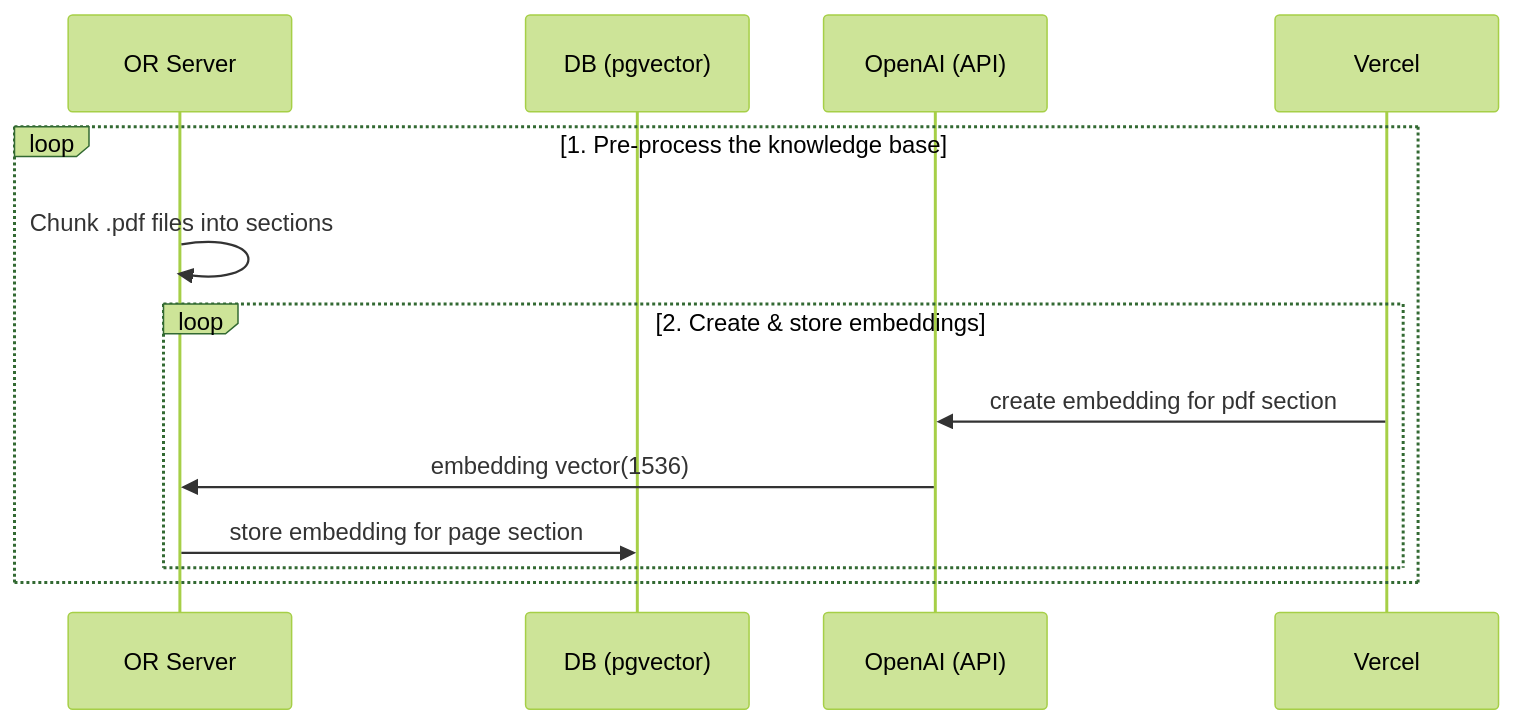
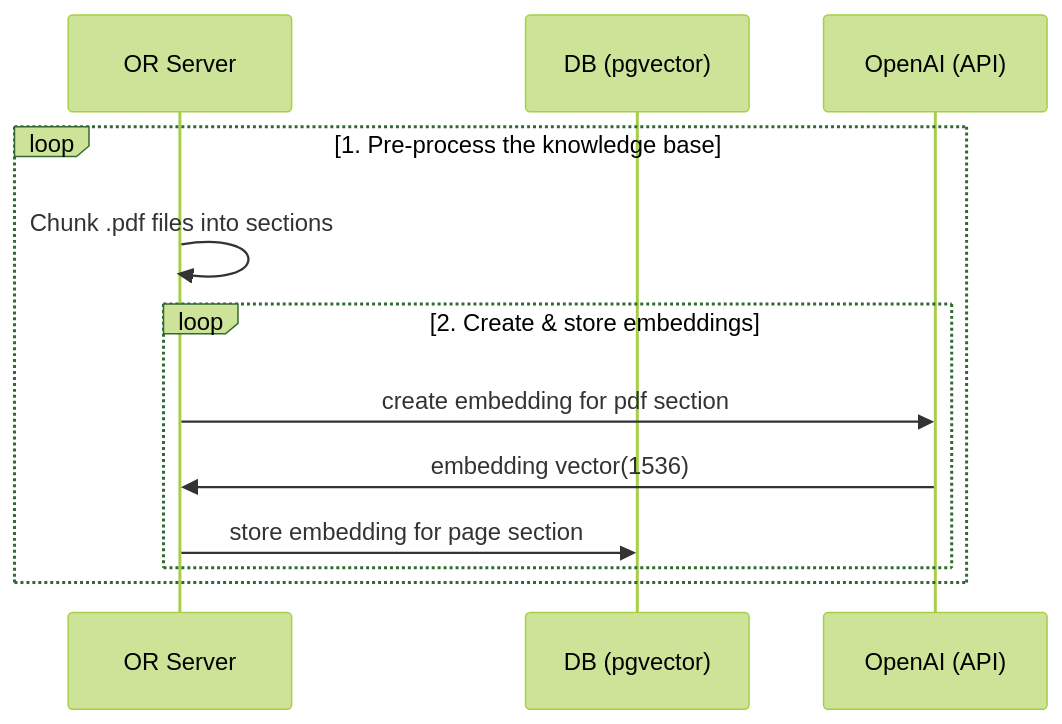
The first of 2 diagrams in README.md (zbialecki/nextjs-openai-doc-search), drawn with Mermaid (forest theme) before and after one commit.

Commit message:
Fix sequence diagram

````diff
--- a/README.md
+++ b/README.md
@@ -14,14 +14,14 @@
 ```mermaid
 sequenceDiagram
     participant OR Server
     participant DB (pgvector)
     participant OpenAI (API)
     loop 1. Pre-process the knowledge base
         OR Server->>OR Server: Chunk .pdf files into sections
         loop 2. Create & store embeddings
-            Vercel->>OpenAI (API): create embedding for pdf section
+            OR Server->>OpenAI (API): create embedding for pdf section
             OpenAI (API)->>OR Server: embedding vector(1536)
             OR Server->>DB (pgvector): store embedding for page section
         end
     end
 ```
````
